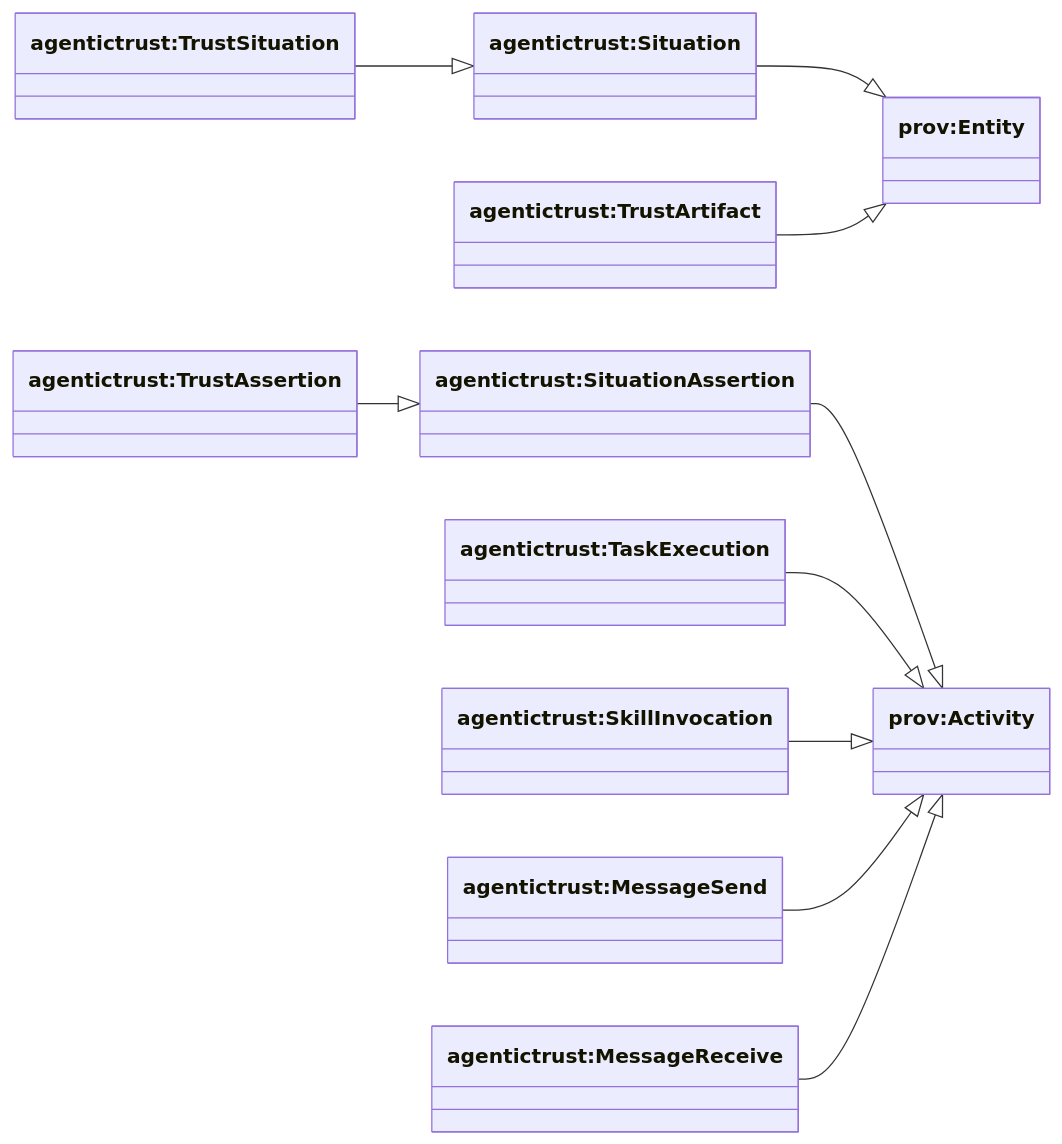
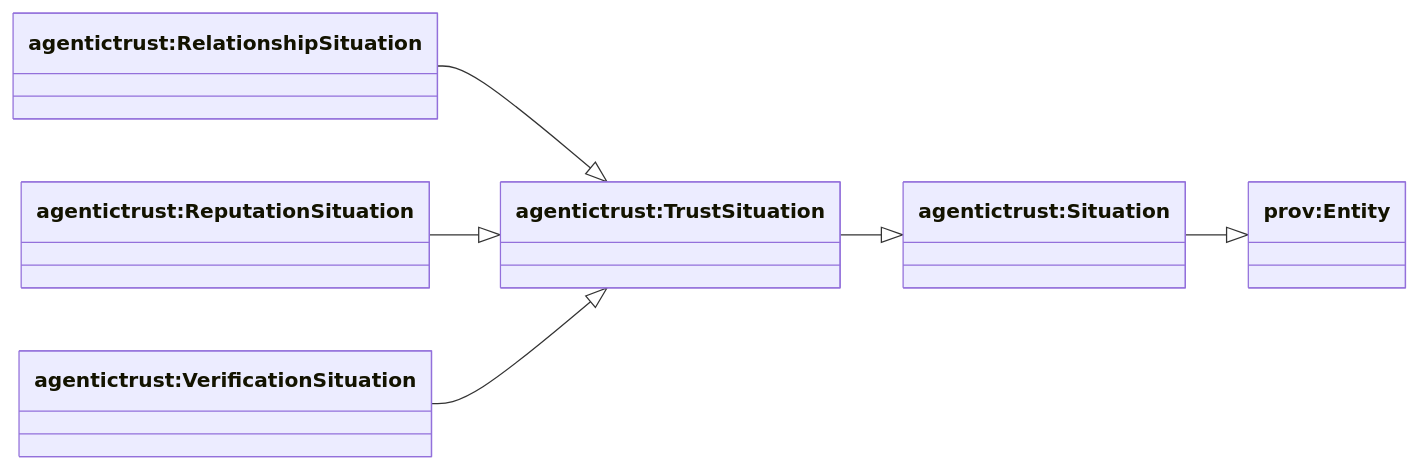
Before and after one commit to Agentic-Trust-Layer/agent-explorer: the first of 5 diagrams in docs/ontology/situation.md, drawn with Mermaid. The commit also changed other lines of this file and 1 other file, not shown here.

Commit message:
update situation documentation

````diff
--- a/docs/ontology/situation.md
+++ b/docs/ontology/situation.md
@@ -13,29 +12,17 @@
 ```mermaid
 classDiagram
 direction LR
 
-class provActivity["prov:Activity"]
 class provEntity["prov:Entity"]
-
 class Situation["agentictrust:Situation"]
-class SituationAssertion["agentictrust:SituationAssertion"]
 class TrustSituation["agentictrust:TrustSituation"]
-class TrustAssertion["agentictrust:TrustAssertion"]
-class TrustArtifact["agentictrust:TrustArtifact"]
-
-class TaskExecution["agentictrust:TaskExecution"]
-class SkillInvocation["agentictrust:SkillInvocation"]
-class MessageSend["agentictrust:MessageSend"]
-class MessageReceive["agentictrust:MessageReceive"]
+class RelationshipSituation["agentictrust:RelationshipSituation"]
+class ReputationSituation["agentictrust:ReputationSituation"]
+class VerificationSituation["agentictrust:VerificationSituation"]
 
 Situation --|> provEntity
-SituationAssertion --|> provActivity
 TrustSituation --|> Situation
-TrustAssertion --|> SituationAssertion
-TaskExecution --|> provActivity
-SkillInvocation --|> provActivity
-MessageSend --|> provActivity
-MessageReceive --|> provActivity
-
-TrustArtifact --|> provEntity
+RelationshipSituation --|> TrustSituation
+ReputationSituation --|> TrustSituation
+VerificationSituation --|> TrustSituation
 ```
````
